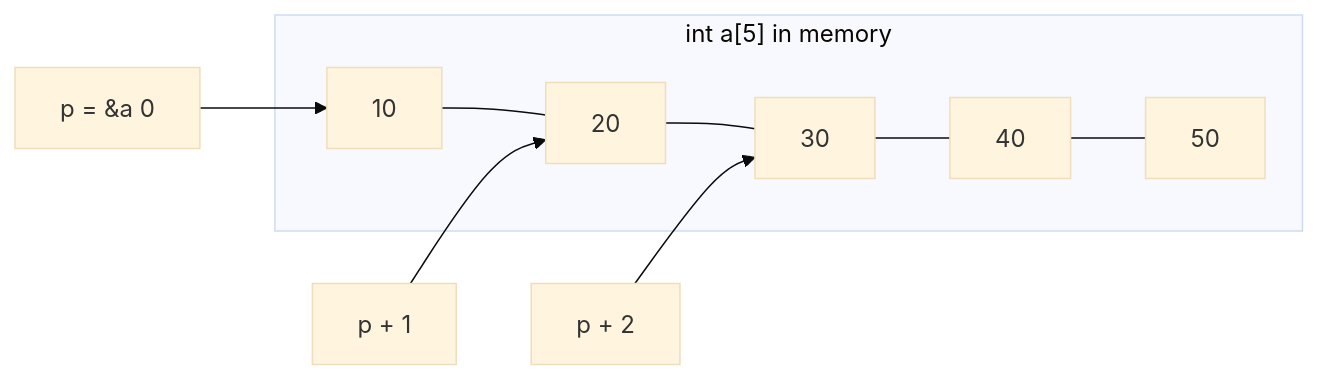
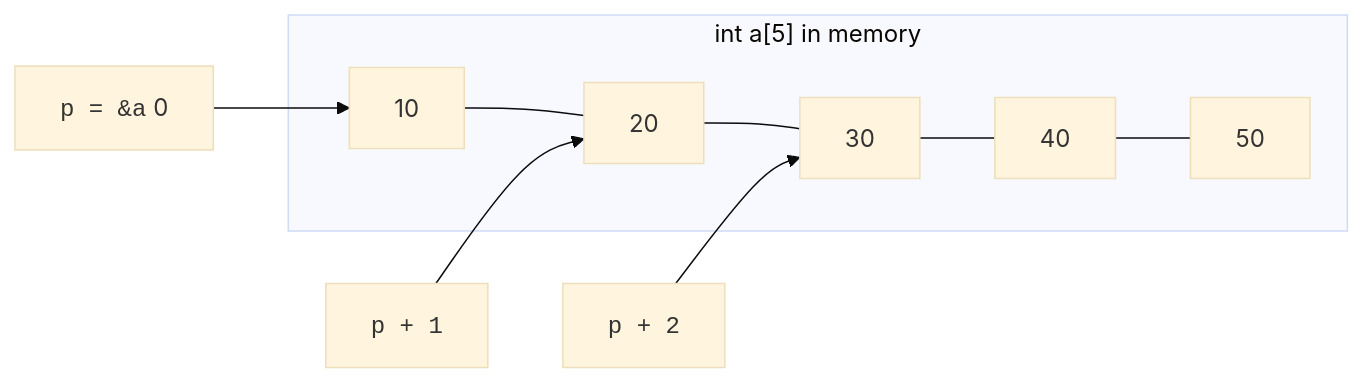
The third of 4 diagrams in content/learn/from-zero-to-cpp/pointers-and-references.mdx (dataslope/dataslope), drawn with Mermaid (base theme) before and after one commit. The commit also changed 56 other files, not shown here.

````diff
--- a/content/learn/from-zero-to-cpp/pointers-and-references.mdx
+++ b/content/learn/from-zero-to-cpp/pointers-and-references.mdx
@@ -165,9 +165,9 @@
 ```mermaid
 flowchart LR
     subgraph "int a[5] in memory"
         A0[10] --- A1[20] --- A2[30] --- A3[40] --- A4[50]
     end
-    P[p = &a 0] --> A0
-    PP1[p + 1] --> A1
-    PP2[p + 2] --> A2
+    P["<code>p = &amp;a</code> 0"] --> A0
+    PP1["<code>p + 1</code>"] --> A1
+    PP2["<code>p + 2</code>"] --> A2
 ```
````
